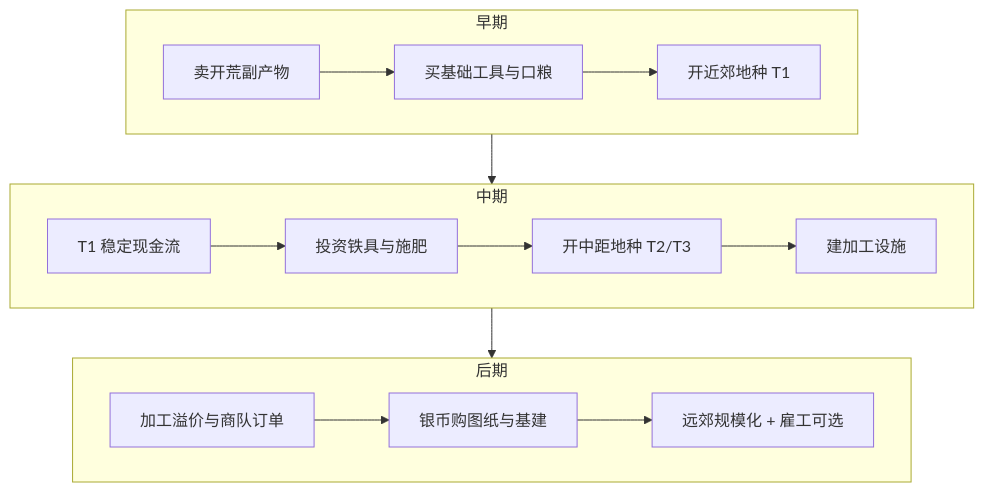
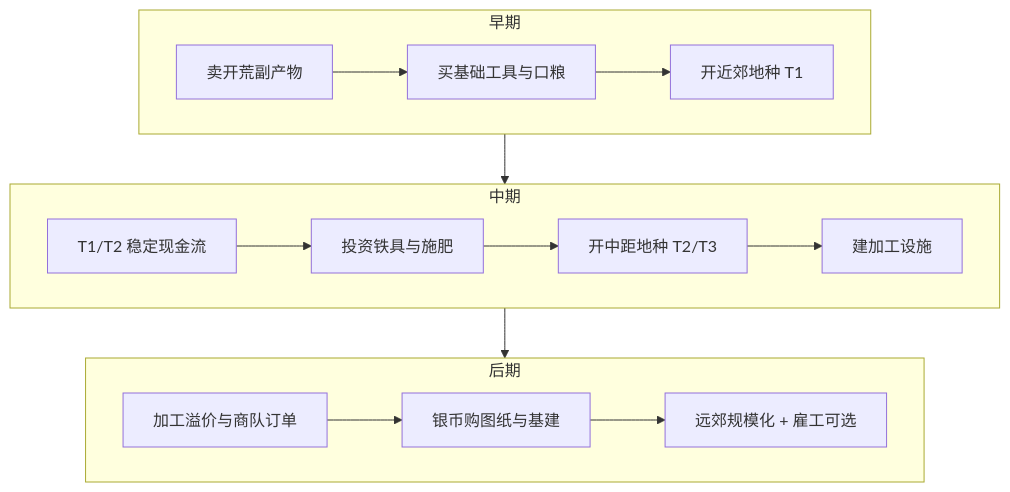
Before and after one commit to zhangfenglin/pan-entertainment-CD: the diagram in game-design/04-系统设计/经济体系.md, drawn with Mermaid. The commit also changed other lines of this file and 18 other files, not shown here.

````diff
--- a/game-design/04-系统设计/经济体系.md
+++ b/game-design/04-系统设计/经济体系.md
@@ -97,17 +125,17 @@
 ```mermaid
 flowchart TB
     subgraph 早期
         E1[卖开荒副产物] --> E2[买基础工具与口粮]
         E2 --> E3[开近郊地种 T1]
     end
     subgraph 中期
-        M1[T1 稳定现金流] --> M2[投资铁具与施肥]
+        M1[T1/T2 稳定现金流] --> M2[投资铁具与施肥]
         M2 --> M3[开中距地种 T2/T3]
         M3 --> M4[建加工设施]
     end
     subgraph 后期
         L1[加工溢价与商队订单] --> L2[银币购图纸与基建]
         L2 --> L3[远郊规模化 + 雇工可选]
     end
     早期 --> 中期 --> 后期
 ```
````
